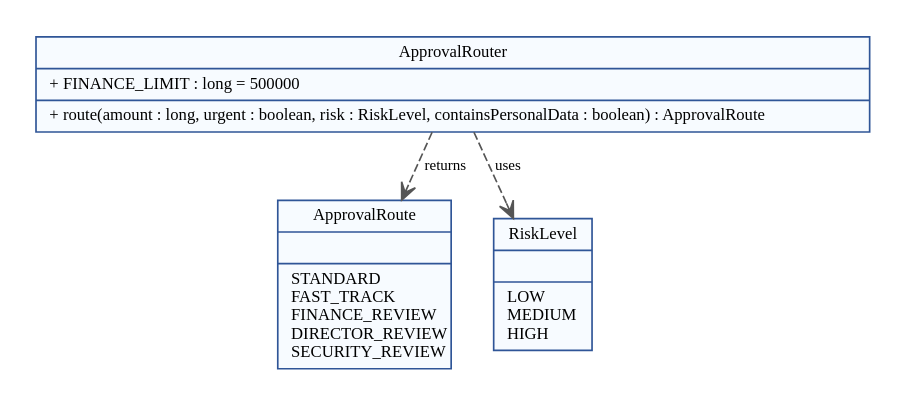
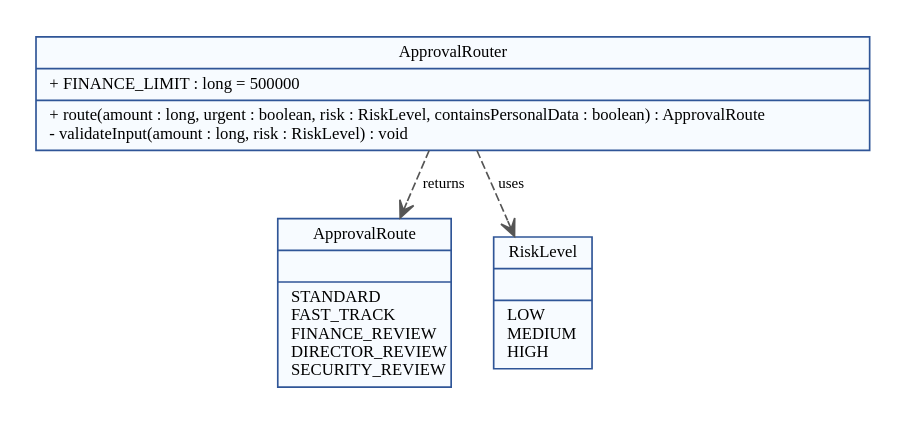
Before and after one commit to SpitzV2/Information-systems-in-business-practice-6: the diagram in class_partial.dot, drawn with Graphviz. The commit also changed 20 other files, not shown here.

```diff
--- a/class_partial.dot
+++ b/class_partial.dot
@@ -1,12 +1,12 @@
 digraph C {
 graph [rankdir=TB, bgcolor="white", pad=0.2, nodesep=0.35, ranksep=0.4];
 node [shape=record, style="filled", fontname="Times New Roman", fontsize=10, color="#2F5597", fillcolor="#F7FBFF"];
 edge [fontname="Times New Roman", fontsize=9, color="#555555"];
 
 r [label="{ApprovalRoute||STANDARD\lFAST_TRACK\lFINANCE_REVIEW\lDIRECTOR_REVIEW\lSECURITY_REVIEW\l}", fillcolor="#F7FBFF", color="#2F5597"];
-a [label="{ApprovalRouter|+ FINANCE_LIMIT : long = 500000\l|+ route(amount : long, urgent : boolean, risk : RiskLevel, containsPersonalData : boolean) : ApprovalRoute\l}"];
+a [label="{ApprovalRouter|+ FINANCE_LIMIT : long = 500000\l|+ route(amount : long, urgent : boolean, risk : RiskLevel, containsPersonalData : boolean) : ApprovalRoute\l- validateInput(amount : long, risk : RiskLevel) : void\l}"];
 risk [label="{RiskLevel||LOW\lMEDIUM\lHIGH\l}", fillcolor="#F7FBFF", color="#2F5597"];
 
 a -> r [label="returns", style=dashed, arrowhead=open];
 a -> risk [label="uses", style=dashed, arrowhead=open];
 }
```
